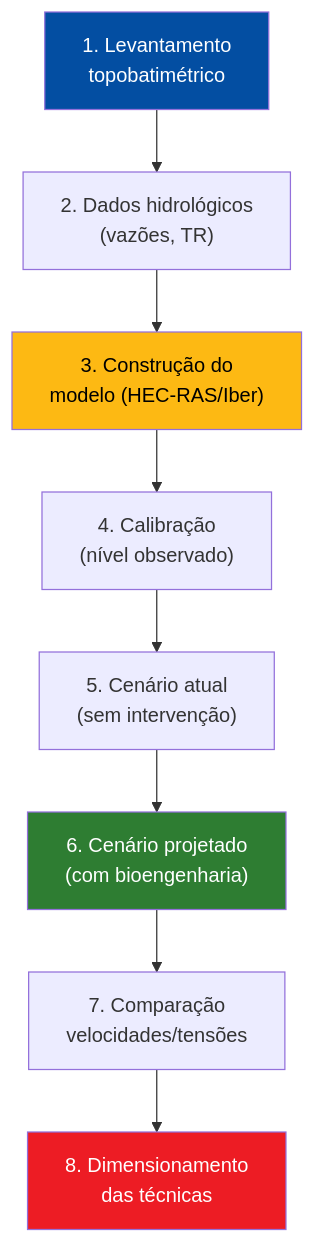
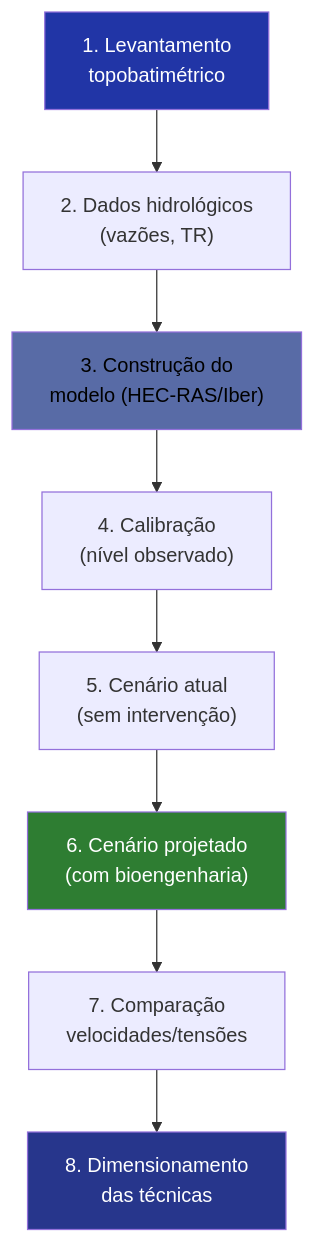
The ninth of 10 diagrams in aulas/bioengenharia_de_solos/aulas/bioengenharia_fluvial/bioengenharia_fluvial.qmd (ldvsantos/cv), drawn with Mermaid before and after one commit. The commit also changed other lines of this file and 466 other files, not shown here.

````diff
--- a/aulas/bioengenharia_de_solos/aulas/bioengenharia_fluvial/bioengenharia_fluvial.qmd
+++ b/aulas/bioengenharia_de_solos/aulas/bioengenharia_fluvial/bioengenharia_fluvial.qmd
@@ -583,15 +581,15 @@
 ```{mermaid}
 %%| fig-width: 5
 graph TD
     A["1. Levantamento<br>topobatimétrico"] --> B["2. Dados hidrológicos<br>(vazões, TR)"]
     B --> C["3. Construção do<br>modelo (HEC-RAS/Iber)"]
     C --> D["4. Calibração<br>(nível observado)"]
     D --> E["5. Cenário atual<br>(sem intervenção)"]
     E --> F["6. Cenário projetado<br>(com bioengenharia)"]
     F --> G["7. Comparação<br>velocidades/tensões"]
     G --> H["8. Dimensionamento<br>das técnicas"]
-    style A fill:#034EA2,color:#fff
-    style C fill:#FDB913,color:#000
+    style A fill:#2135A6,color:#fff
+    style C fill:#586BA6,color:#000
     style F fill:#2E7D32,color:#fff
-    style H fill:#ED1C24,color:#fff
+    style H fill:#27368C,color:#fff
 ```
````
